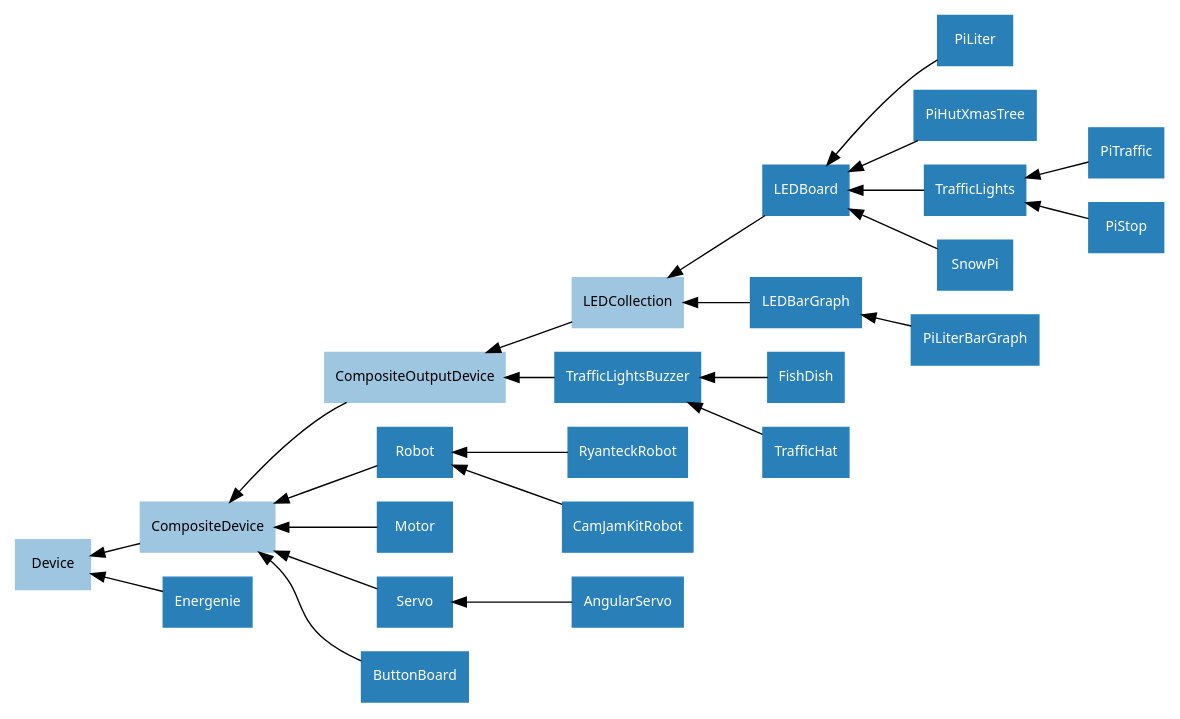
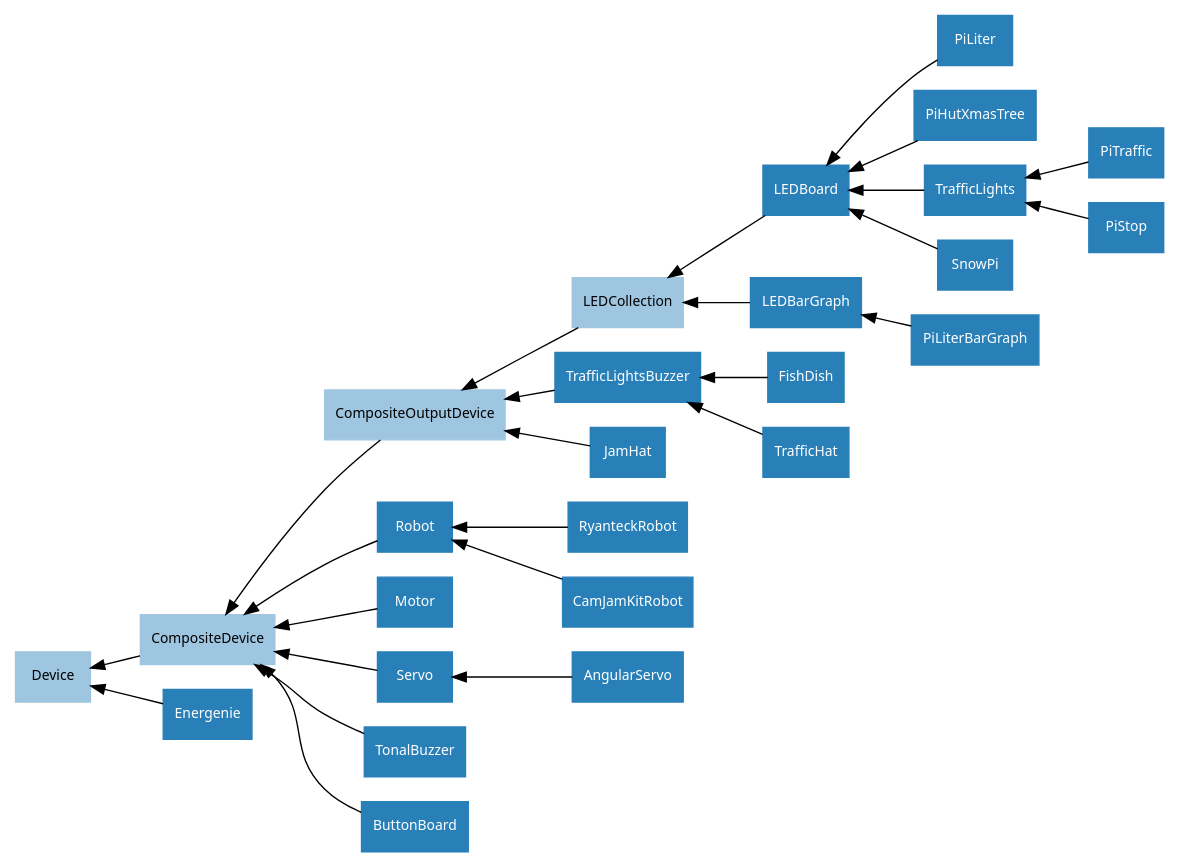
One commit to gpiozero/gpiozero changed the diagram in docs/images/composite_device_hierarchy.dot. Above: the diagram before and after it, drawn with Graphviz. The commit also changed 15 other files, not shown here.

Commit message:
Implement TonalBuzzer

```diff
--- a/docs/images/composite_device_hierarchy.dot
+++ b/docs/images/composite_device_hierarchy.dot
@@ -1,42 +1,44 @@
 /* vim: set et sw=4 sts=4: */
 
 digraph classes {
     graph [rankdir=RL];
     node [shape=rect, style=filled, fontname=Sans, fontsize=10];
     edge [];
 
     /* Abstract classes */
     node [color="#9ec6e0", fontcolor="#000000"]
     Device;
     CompositeDevice;
     CompositeOutputDevice;
     LEDCollection;
 
     /* Concrete classes */
     node [color="#2980b9", fontcolor="#ffffff"];
     CompositeDevice->Device;
     CompositeOutputDevice->CompositeDevice;
     LEDCollection->CompositeOutputDevice;
 
     LEDBoard->LEDCollection;
     LEDBarGraph->LEDCollection;
 
     PiLiter->LEDBoard;
     PiHutXmasTree->LEDBoard;
     PiLiterBarGraph->LEDBarGraph;
     TrafficLights->LEDBoard;
     SnowPi->LEDBoard;
     PiTraffic->TrafficLights;
     PiStop->TrafficLights;
     TrafficLightsBuzzer->CompositeOutputDevice;
+    JamHat->CompositeOutputDevice;
     FishDish->TrafficLightsBuzzer;
     TrafficHat->TrafficLightsBuzzer;
     Robot->CompositeDevice;
     RyanteckRobot->Robot;
     CamJamKitRobot->Robot;
     Motor->CompositeDevice;
     Servo->CompositeDevice;
+    TonalBuzzer->CompositeDevice;
     AngularServo->Servo;
     Energenie->Device;
     ButtonBoard->CompositeDevice;
 }
```
